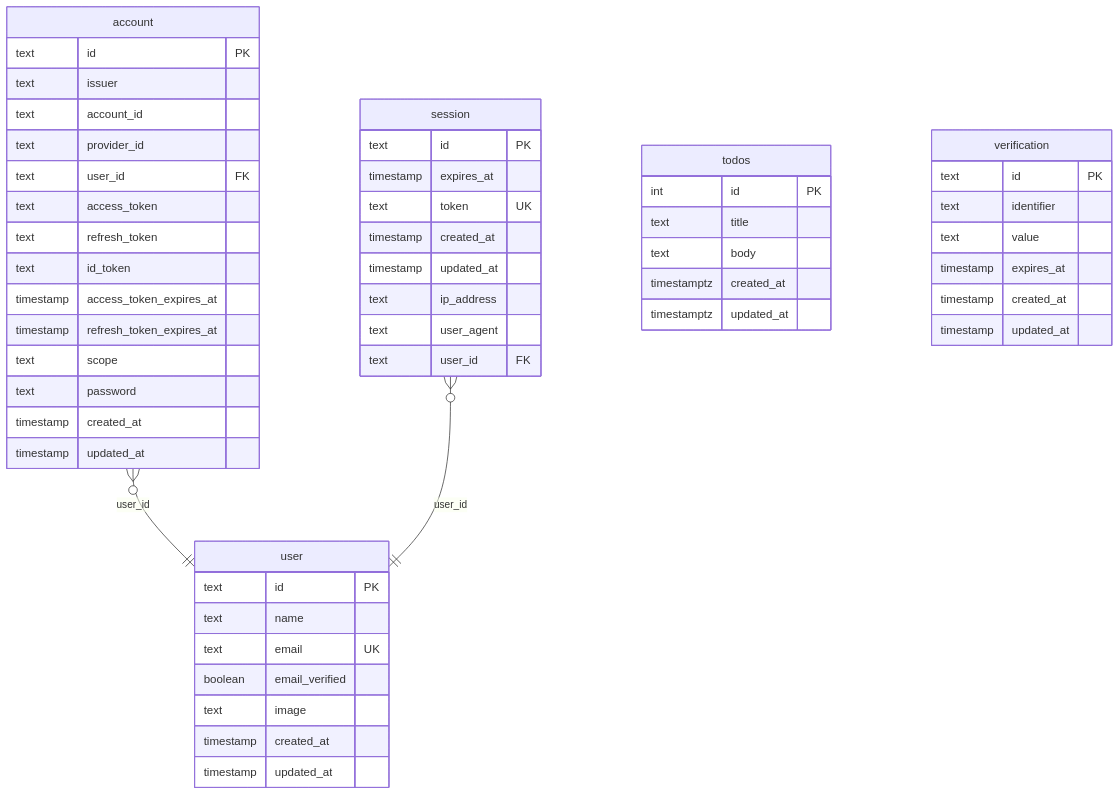
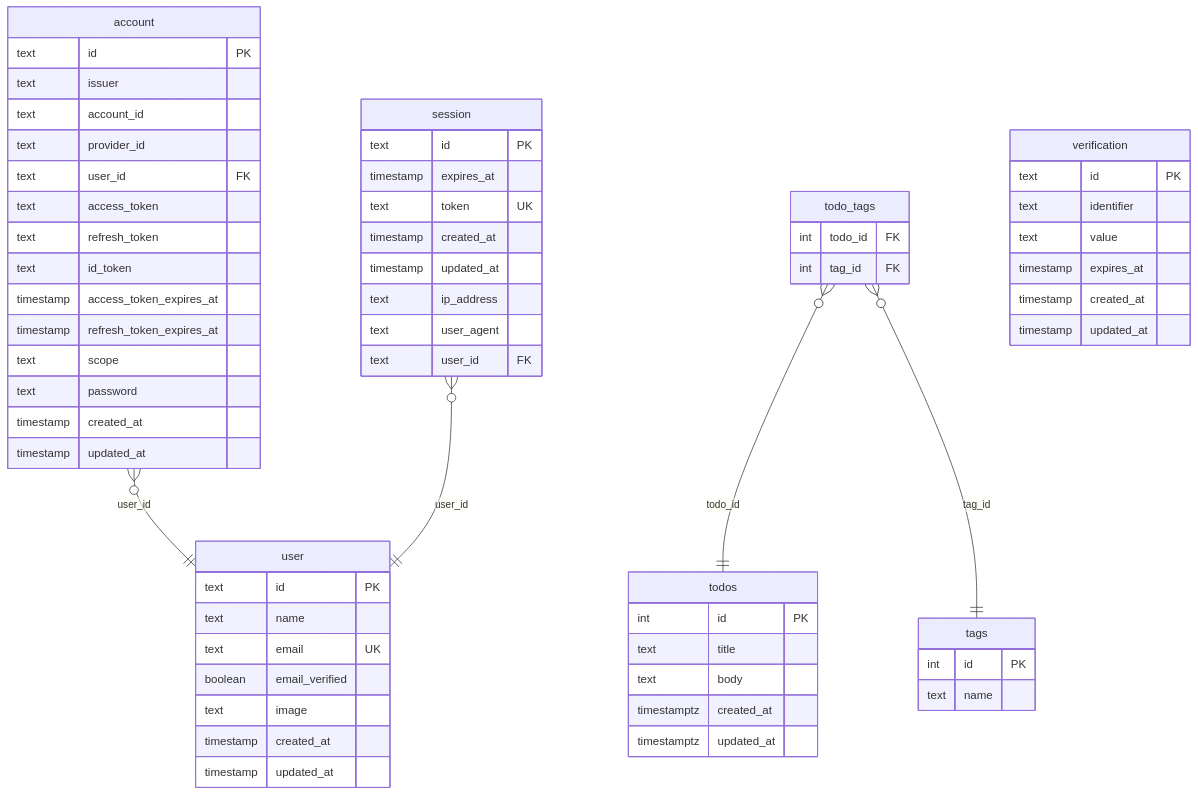
One commit to WebEngrChild/14_my-app changed the diagram in docs/db/README.md. Above: the diagram before and after it, drawn with Mermaid. The commit also changed other lines of this file and 23 other files, not shown here.

````diff
--- a/docs/db/README.md
+++ b/docs/db/README.md
@@ -15,56 +17,66 @@
 ```mermaid
 erDiagram
     account }o--|| user : "user_id"
     session }o--|| user : "user_id"
+    todo_tags }o--|| todos : "todo_id"
+    todo_tags }o--|| tags : "tag_id"
 
     account {
         text id PK
         text issuer
         text account_id
         text provider_id
         text user_id FK
         text access_token
         text refresh_token
         text id_token
         timestamp access_token_expires_at
         timestamp refresh_token_expires_at
         text scope
         text password
         timestamp created_at
         timestamp updated_at
     }
     session {
         text id PK
         timestamp expires_at
         text token UK
         timestamp created_at
         timestamp updated_at
         text ip_address
         text user_agent
         text user_id FK
     }
+    tags {
+        int id PK
+        text name
+    }
+    todo_tags {
+        int todo_id FK
+        int tag_id FK
+    }
     todos {
         int id PK
         text title
         text body
         timestamptz created_at
         timestamptz updated_at
     }
     user {
         text id PK
         text name
         text email UK
         boolean email_verified
         text image
         timestamp created_at
         timestamp updated_at
     }
     verification {
         text id PK
         text identifier
         text value
         timestamp expires_at
         timestamp created_at
         timestamp updated_at
     }
 ```
````
